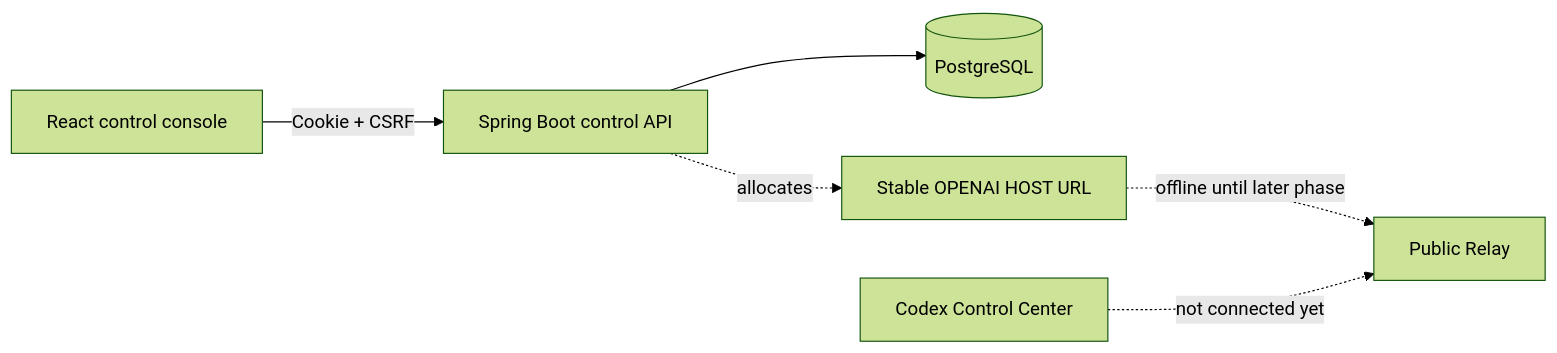
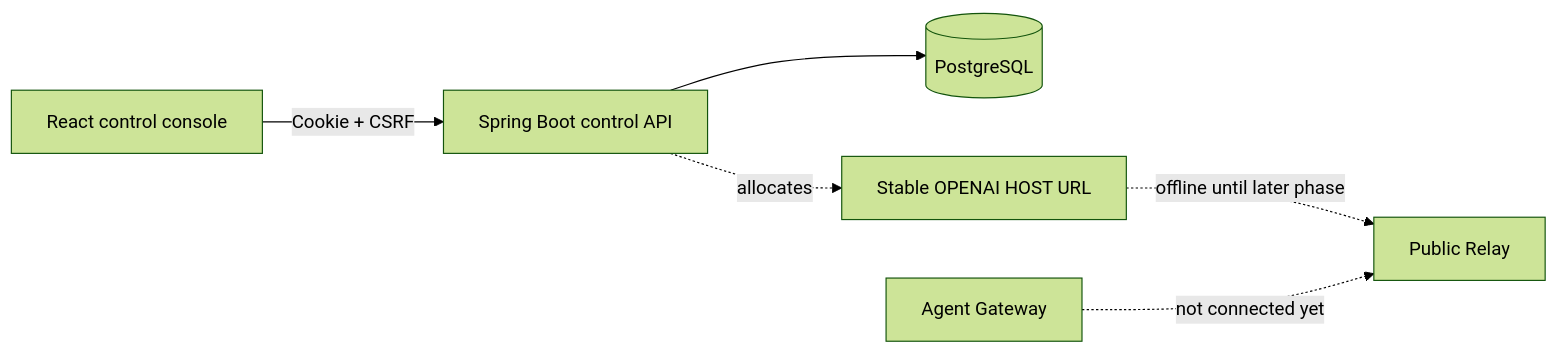
The diagram in platform/docs/architecture.md (daizhongtian/Agent-Gateway), drawn with Mermaid (forest theme) before and after one commit. The commit also changed 43 other files, not shown here.

Commit message:
chore: rename product to Agent Gateway

````diff
--- a/platform/docs/architecture.md
+++ b/platform/docs/architecture.md
@@ -5,8 +5,8 @@
 ```mermaid
 flowchart LR
     Browser[React control console] -->|Cookie + CSRF| API[Spring Boot control API]
     API --> DB[(PostgreSQL)]
     API -. allocates .-> URL[Stable OPENAI HOST URL]
     URL -. offline until later phase .-> Relay[Public Relay]
-    Desktop[Codex Control Center] -. not connected yet .-> Relay
+    Desktop[Agent Gateway] -. not connected yet .-> Relay
 ```
````
